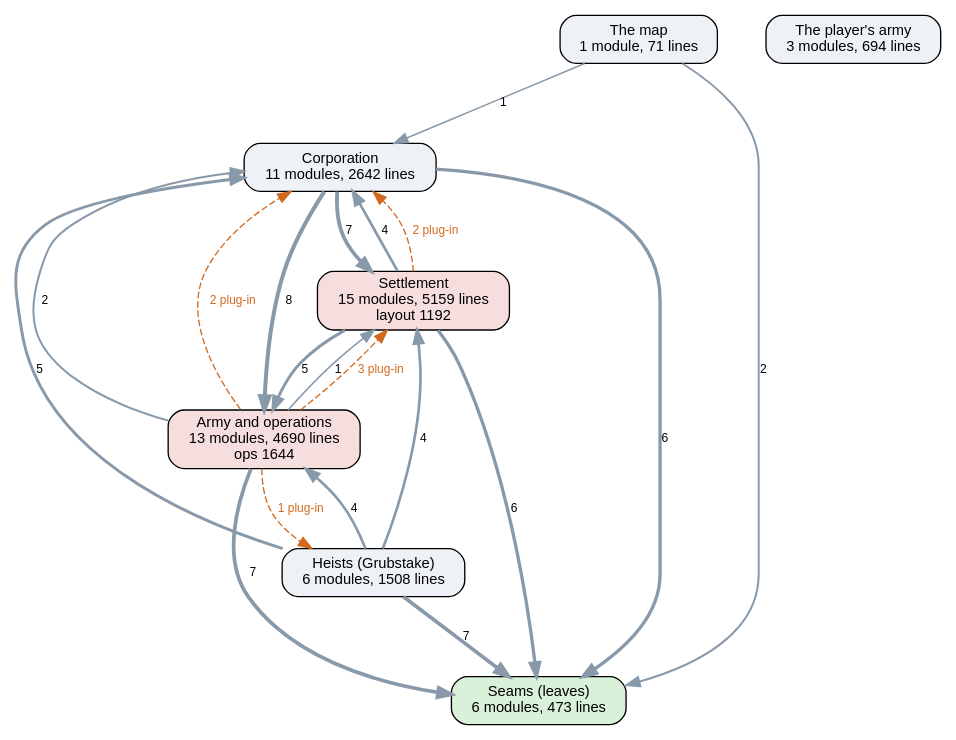
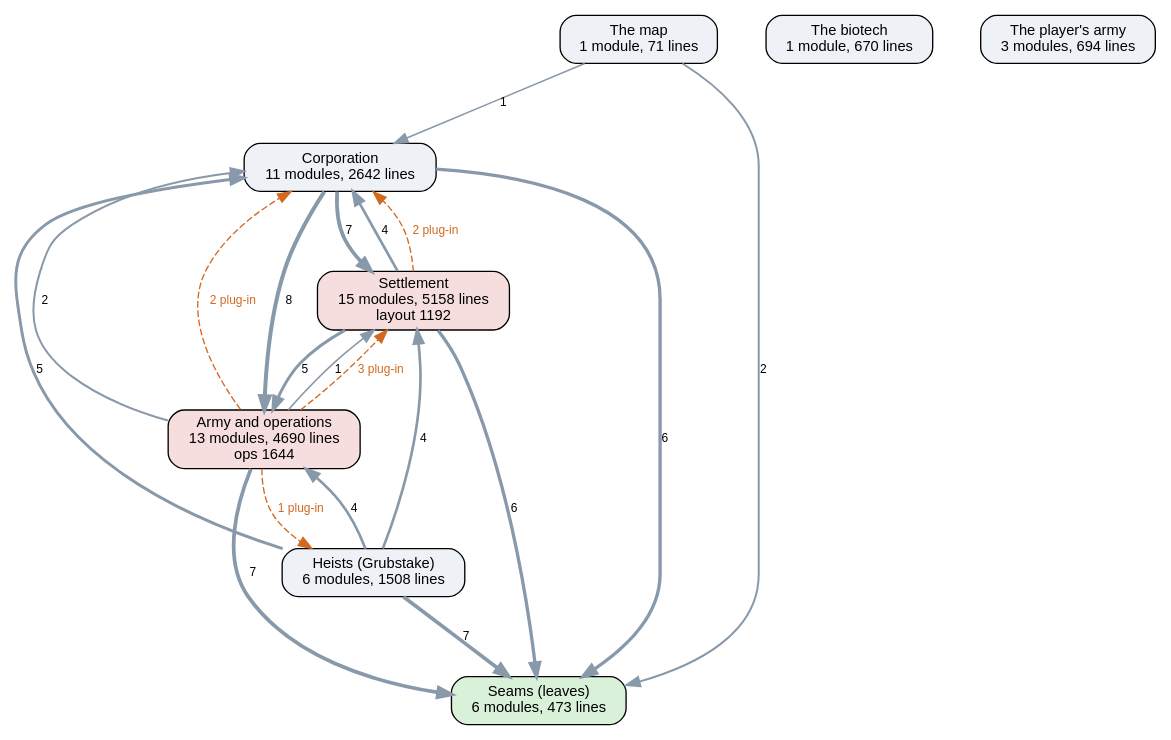
The diagram in docs/ai-layers.dot (kinelhu/landing-party), drawn with Graphviz before and after one commit. The commit also changed 26 other files, not shown here.

```diff
--- a/docs/ai-layers.dot
+++ b/docs/ai-layers.dot
@@ -1,31 +1,32 @@
 digraph layers {
   graph [rankdir=TB, fontname="Helvetica", nodesep=0.5, ranksep=0.7];
   node [shape=box, style="rounded,filled", fontname="Helvetica", fontsize=11, fillcolor="#eef2f7"];
   edge [color="#8899aa", fontname="Helvetica", fontsize=9];
   "Seams (leaves)" [label="Seams (leaves)\n6 modules, 473 lines", fillcolor="#d9f0d9"];
   "Corporation" [label="Corporation\n11 modules, 2642 lines", fillcolor="#eef2f7"];
-  "Settlement" [label="Settlement\n15 modules, 5159 lines\nlayout 1192", fillcolor="#f7dede"];
+  "Settlement" [label="Settlement\n15 modules, 5158 lines\nlayout 1192", fillcolor="#f7dede"];
   "Army and operations" [label="Army and operations\n13 modules, 4690 lines\nops 1644", fillcolor="#f7dede"];
   "Heists (Grubstake)" [label="Heists (Grubstake)\n6 modules, 1508 lines", fillcolor="#eef2f7"];
+  "The biotech" [label="The biotech\n1 module, 670 lines", fillcolor="#eef2f7"];
   "The map" [label="The map\n1 module, 71 lines", fillcolor="#eef2f7"];
   "The player's army" [label="The player's army\n3 modules, 694 lines", fillcolor="#eef2f7"];
   "Army and operations" -> "Corporation" [label="2", penwidth=1.5];
   "Army and operations" -> "Seams (leaves)" [label="7", penwidth=2.8];
   "Army and operations" -> "Settlement" [label="1", penwidth=1.2];
   "Corporation" -> "Army and operations" [label="8", penwidth=3.0];
   "Corporation" -> "Seams (leaves)" [label="6", penwidth=2.5];
   "Corporation" -> "Settlement" [label="7", penwidth=2.8];
   "Heists (Grubstake)" -> "Army and operations" [label="4", penwidth=2.0];
   "Heists (Grubstake)" -> "Corporation" [label="5", penwidth=2.2];
   "Heists (Grubstake)" -> "Seams (leaves)" [label="7", penwidth=2.8];
   "Heists (Grubstake)" -> "Settlement" [label="4", penwidth=2.0];
   "Settlement" -> "Army and operations" [label="5", penwidth=2.2];
   "Settlement" -> "Corporation" [label="4", penwidth=2.0];
   "Settlement" -> "Seams (leaves)" [label="6", penwidth=2.5];
   "The map" -> "Corporation" [label="1", penwidth=1.2];
   "The map" -> "Seams (leaves)" [label="2", penwidth=1.5];
   "Army and operations" -> "Corporation" [style=dashed, color="#d2691e", fontcolor="#d2691e", label="2 plug-in"];
   "Army and operations" -> "Heists (Grubstake)" [style=dashed, color="#d2691e", fontcolor="#d2691e", label="1 plug-in"];
   "Army and operations" -> "Settlement" [style=dashed, color="#d2691e", fontcolor="#d2691e", label="3 plug-in"];
   "Settlement" -> "Corporation" [style=dashed, color="#d2691e", fontcolor="#d2691e", label="2 plug-in"];
 }
```
